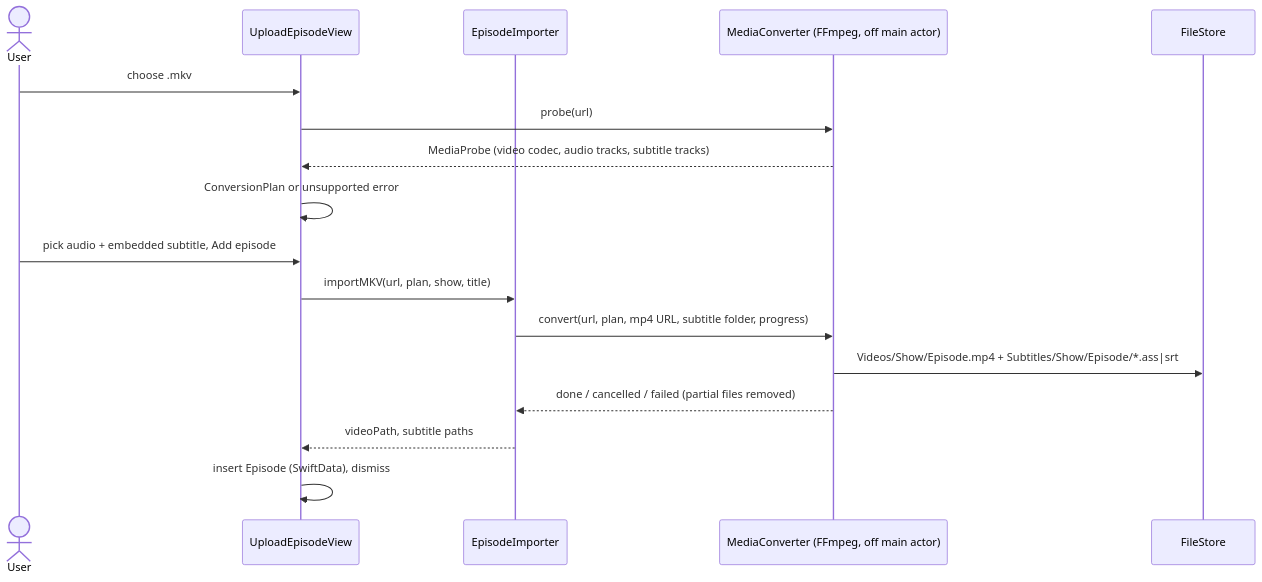
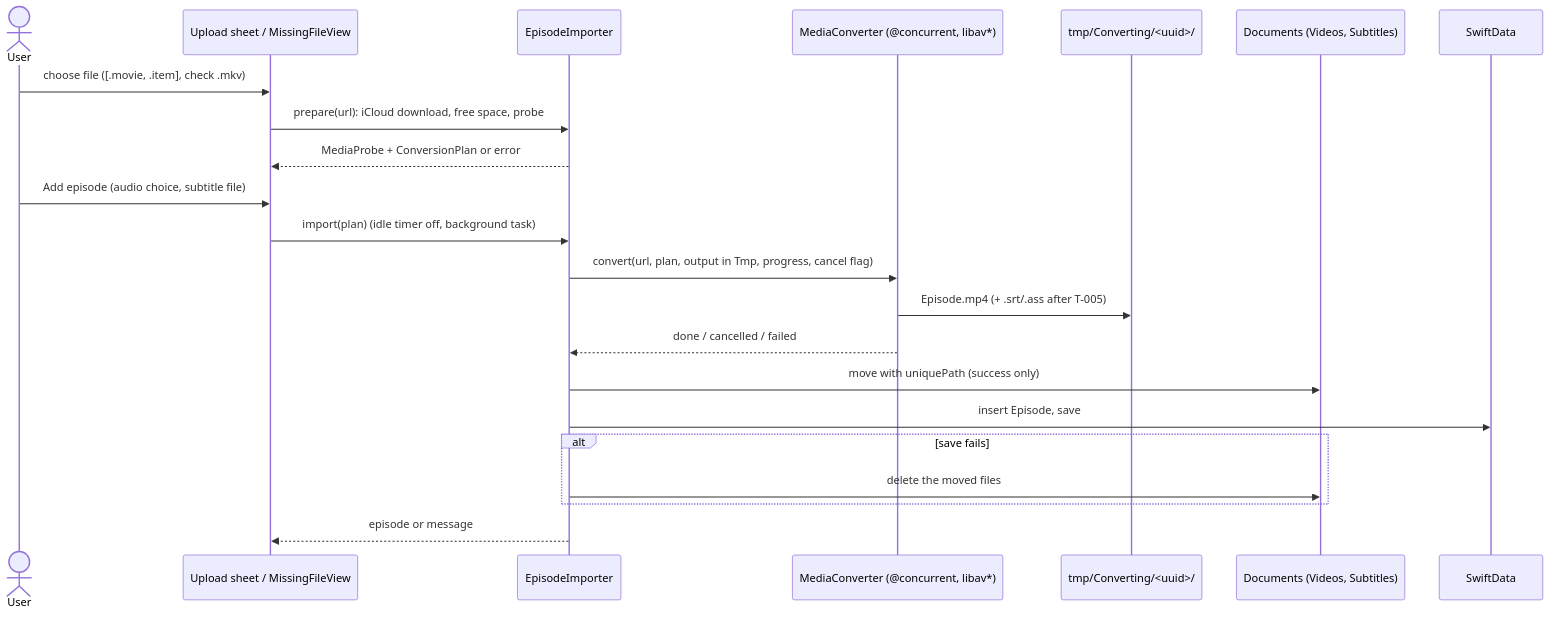
The diagram in .loop/specs/mkv-import.md (bman7222/clip-deck), drawn with Mermaid before and after one commit. The commit also changed other lines of this file and 11 other files, not shown here.

First line of the commit message:
chore(loop): revise MKV plan after architecture review; record T-001 landing

````diff
--- a/.loop/specs/mkv-import.md
+++ b/.loop/specs/mkv-import.md
@@ -60,19 +67,24 @@
 ```mermaid
 sequenceDiagram
     actor User
-    participant Upload as UploadEpisodeView
+    participant Sheet as Upload sheet / MissingFileView
     participant Importer as EpisodeImporter
-    participant Conv as MediaConverter (FFmpeg, off main actor)
-    participant FS as FileStore
-    User->>Upload: choose .mkv
-    Upload->>Conv: probe(url)
-    Conv-->>Upload: MediaProbe (video codec, audio tracks, subtitle tracks)
-    Upload->>Upload: ConversionPlan or unsupported error
-    User->>Upload: pick audio + embedded subtitle, Add episode
-    Upload->>Importer: importMKV(url, plan, show, title)
-    Importer->>Conv: convert(url, plan, mp4 URL, subtitle folder, progress)
-    Conv->>FS: Videos/Show/Episode.mp4 + Subtitles/Show/Episode/*.ass|srt
-    Conv-->>Importer: done / cancelled / failed (partial files removed)
-    Importer-->>Upload: videoPath, subtitle paths
-    Upload->>Upload: insert Episode (SwiftData), dismiss
+    participant Conv as MediaConverter (@concurrent, libav*)
+    participant Tmp as tmp/Converting/<uuid>/
+    participant FS as Documents (Videos, Subtitles)
+    participant SD as SwiftData
+    User->>Sheet: choose file ([.movie, .item], check .mkv)
+    Sheet->>Importer: prepare(url): iCloud download, free space, probe
+    Importer-->>Sheet: MediaProbe + ConversionPlan or error
+    User->>Sheet: Add episode (audio choice, subtitle file)
+    Sheet->>Importer: import(plan) (idle timer off, background task)
+    Importer->>Conv: convert(url, plan, output in Tmp, progress, cancel flag)
+    Conv->>Tmp: Episode.mp4 (+ .srt/.ass after T-005)
+    Conv-->>Importer: done / cancelled / failed
+    Importer->>FS: move with uniquePath (success only)
+    Importer->>SD: insert Episode, save
+    alt save fails
+        Importer->>FS: delete the moved files
+    end
+    Importer-->>Sheet: episode or message
 ```
````
